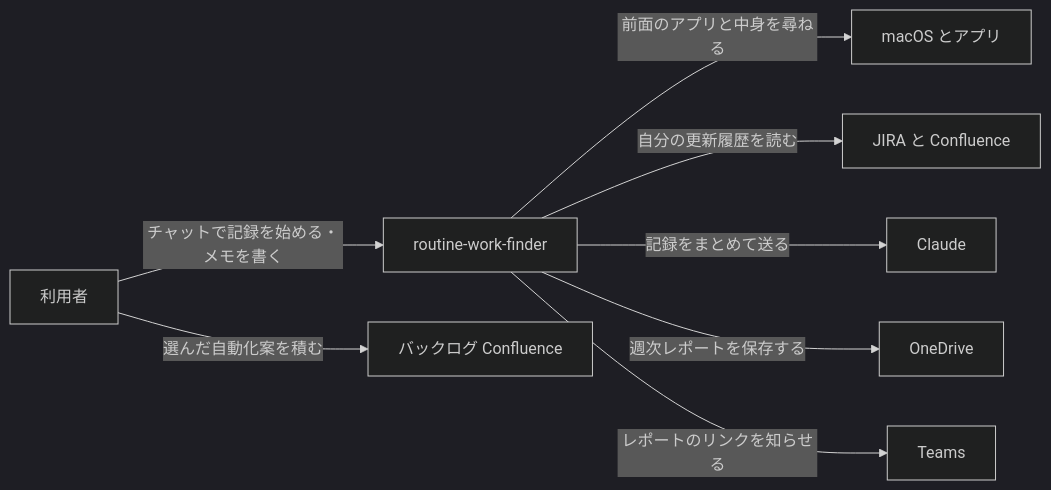
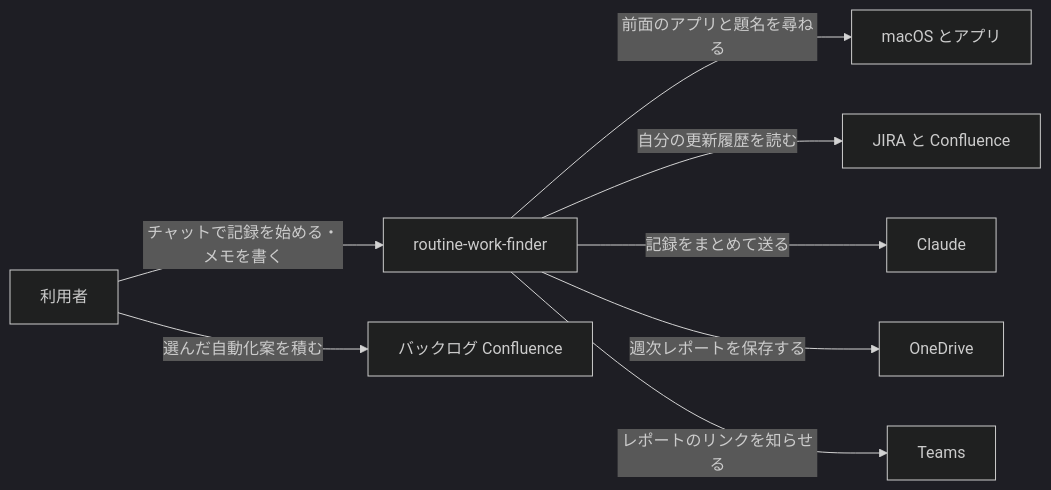
Before and after one commit to dnode-ryosuke-yamazaki/study: the first of 2 diagrams in apps/routine-work-finder/specs/architecture.md, drawn with Mermaid (dark theme). The commit also changed other lines of this file and 9 other files, not shown here.

````diff
--- a/apps/routine-work-finder/specs/architecture.md
+++ b/apps/routine-work-finder/specs/architecture.md
@@ -9,18 +9,18 @@
 ```mermaid
 flowchart LR
     user["利用者"]
     app["routine-work-finder"]
     mac["macOS とアプリ"]
     atl["JIRA と Confluence"]
     claude["Claude"]
     onedrive["OneDrive"]
     teams["Teams"]
     backlog["バックログ Confluence"]
     user -->|"チャットで記録を始める・メモを書く"| app
-    app -->|"前面のアプリと中身を尋ねる"| mac
+    app -->|"前面のアプリと題名を尋ねる"| mac
     app -->|"自分の更新履歴を読む"| atl
     app -->|"記録をまとめて送る"| claude
     app -->|"週次レポートを保存する"| onedrive
     app -->|"レポートのリンクを知らせる"| teams
     user -->|"選んだ自動化案を積む"| backlog
 ```
````
